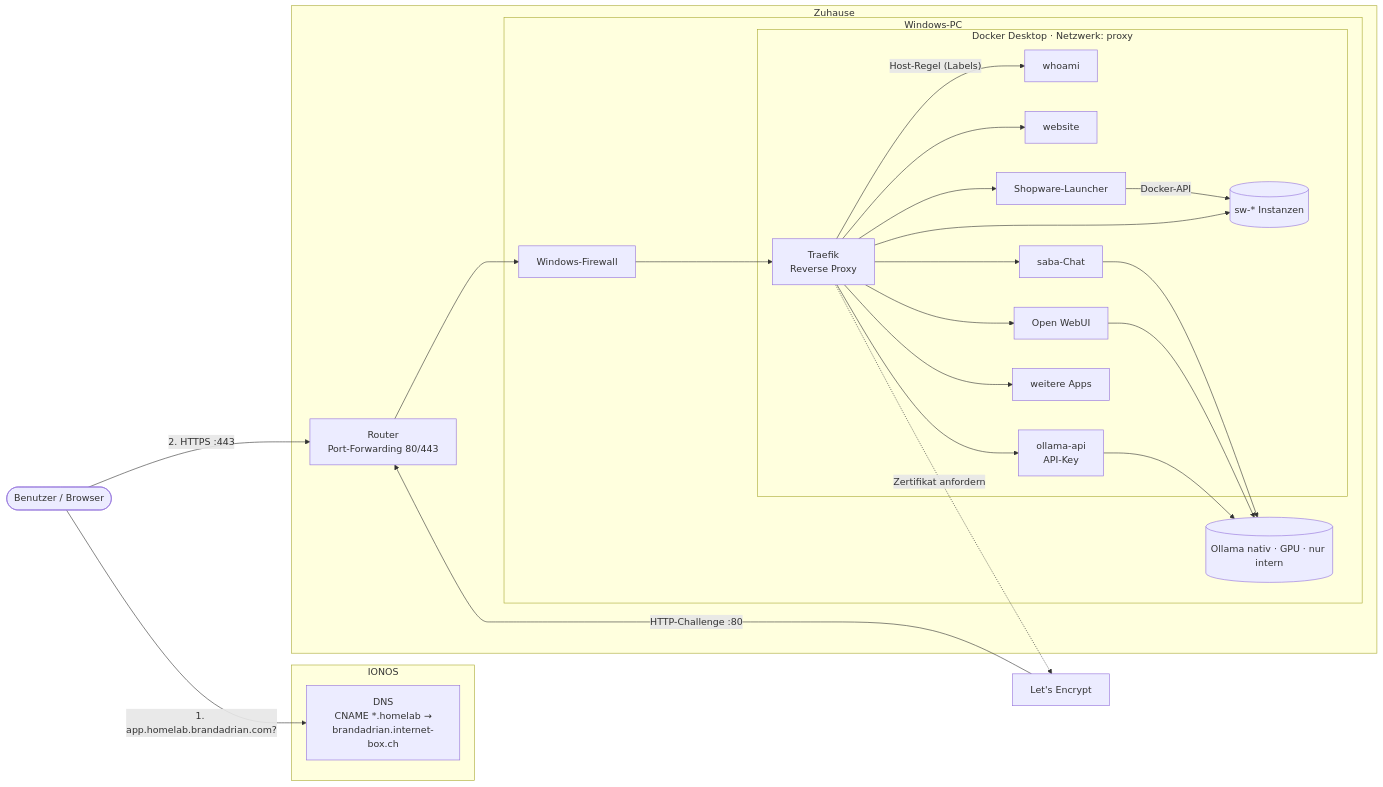
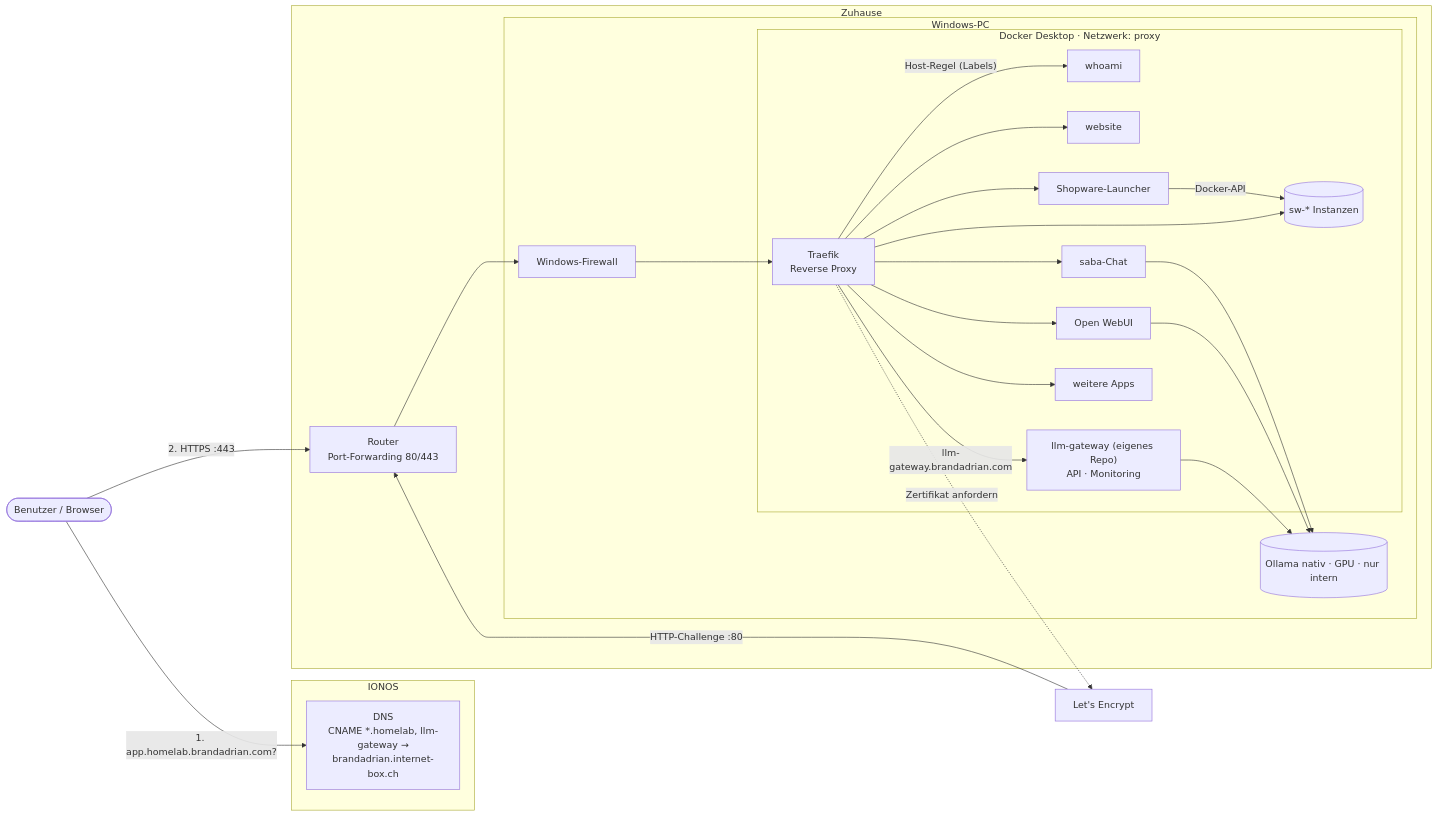
The diagram in README.md (brandadrian/oryn-gateway), drawn with Mermaid before and after one commit. The commit also changed other lines of this file and 6 other files, not shown here.

First line of the commit message:
refactor: LLM-API ins Repo llm-gateway verschoben

````diff
--- a/README.md
+++ b/README.md
@@ -15,46 +15,46 @@
 ```mermaid
 flowchart LR
     user([Benutzer / Browser])
     le[Let's Encrypt]
 
     subgraph ionos[IONOS]
-        dns["DNS<br/>CNAME *.homelab →<br/>brandadrian.internet-box.ch"]
+        dns["DNS<br/>CNAME *.homelab, llm-gateway →<br/>brandadrian.internet-box.ch"]
     end
 
     subgraph home[Zuhause]
         router["Router<br/>Port-Forwarding 80/443"]
         subgraph pc[Windows-PC]
             fw[Windows-Firewall]
             ollama[(Ollama nativ · GPU · nur intern)]
             subgraph docker["Docker Desktop · Netzwerk: proxy"]
                 traefik[Traefik<br/>Reverse Proxy]
                 whoami[whoami]
                 website[website]
                 saba[saba-Chat]
                 owui[Open WebUI]
-                oapi[ollama-api<br/>API-Key]
+                gw["llm-gateway (eigenes Repo)<br/>API · Monitoring"]
                 swl[Shopware-Launcher]
                 sw[(sw-* Instanzen)]
                 app[weitere Apps]
             end
         end
     end
 
     user -- "1. app.homelab.brandadrian.com?" --> dns
     user -- "2. HTTPS :443" --> router
     router --> fw --> traefik
     traefik -- "Host-Regel (Labels)" --> whoami
     traefik --> website
     traefik --> saba
     saba --> ollama
     traefik --> owui
     owui --> ollama
-    traefik --> oapi
-    oapi --> ollama
+    traefik -- "llm-gateway.brandadrian.com" --> gw
+    gw --> ollama
     traefik --> swl
     swl -- "Docker-API" --> sw
     traefik --> sw
     traefik --> app
     le -- "HTTP-Challenge :80" --> router
     traefik -. "Zertifikat anfordern" .-> le
 ```
````
